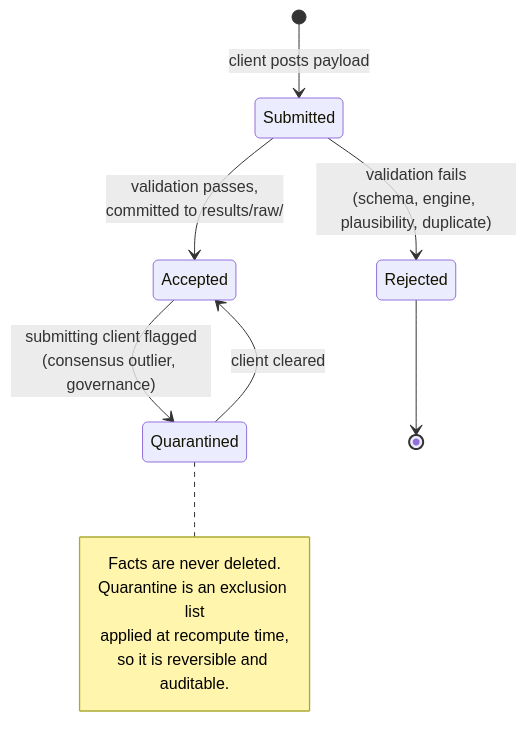
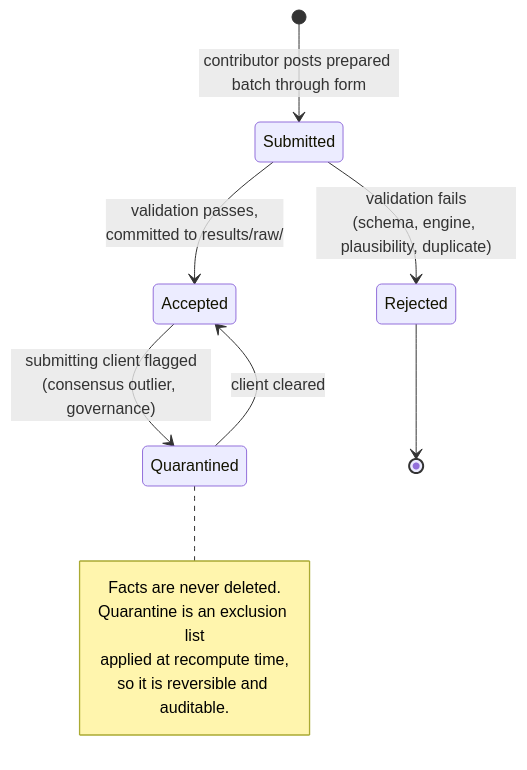
Before and after one commit to robocode-dev/tank-royale: the second of 2 diagrams in docs/design/rumble/aggregation-and-dashboard.md, drawn with Mermaid. The commit also changed other lines of this file and 15 other files, not shown here.

````diff
--- a/docs/design/rumble/aggregation-and-dashboard.md
+++ b/docs/design/rumble/aggregation-and-dashboard.md
@@ -104,15 +104,15 @@
 ```mermaid
 stateDiagram-v2
-    [*] --> Submitted: client posts payload
+    [*] --> Submitted: contributor posts prepared batch through form
     Submitted --> Rejected: validation fails<br/>(schema, engine, plausibility, duplicate)
     Submitted --> Accepted: validation passes,<br/>committed to results/raw/
     Accepted --> Quarantined: submitting client flagged<br/>(consensus outlier, governance)
     Quarantined --> Accepted: client cleared
     note right of Quarantined
         Facts are never deleted.
         Quarantine is an exclusion list
         applied at recompute time,
         so it is reversible and auditable.
     end note
     Rejected --> [*]
 ```
````
